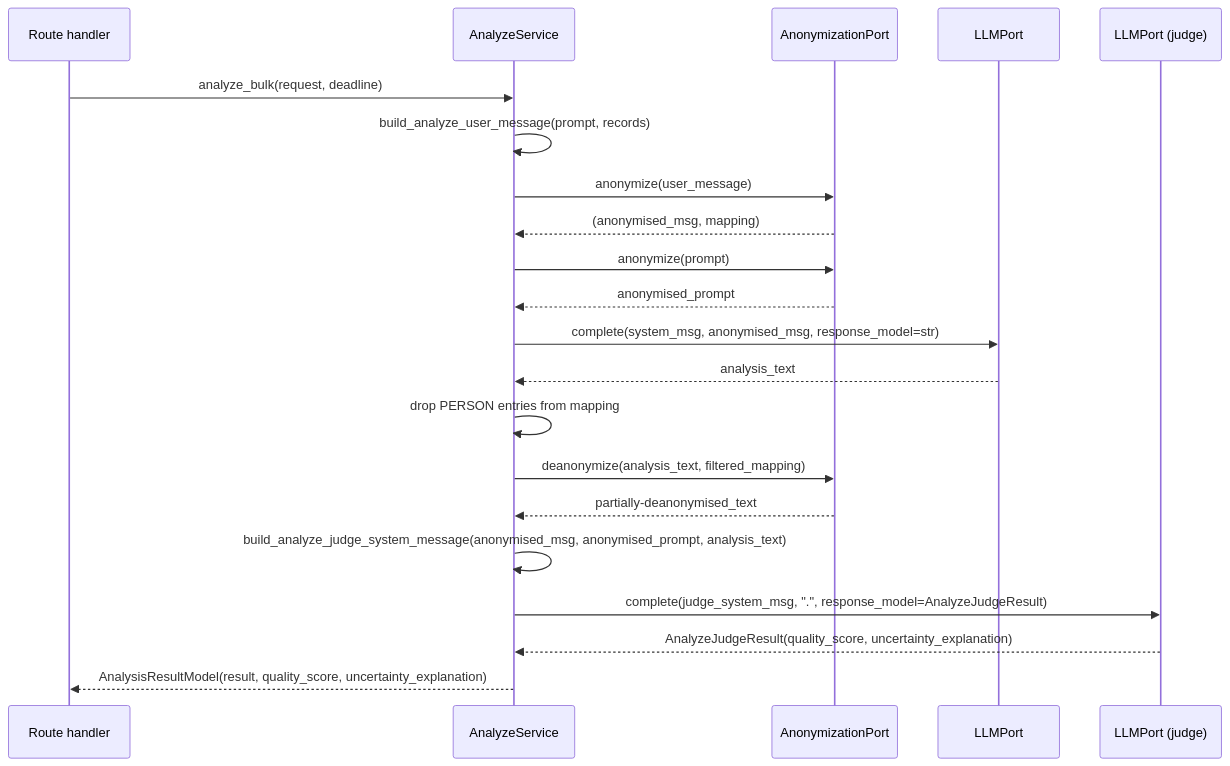
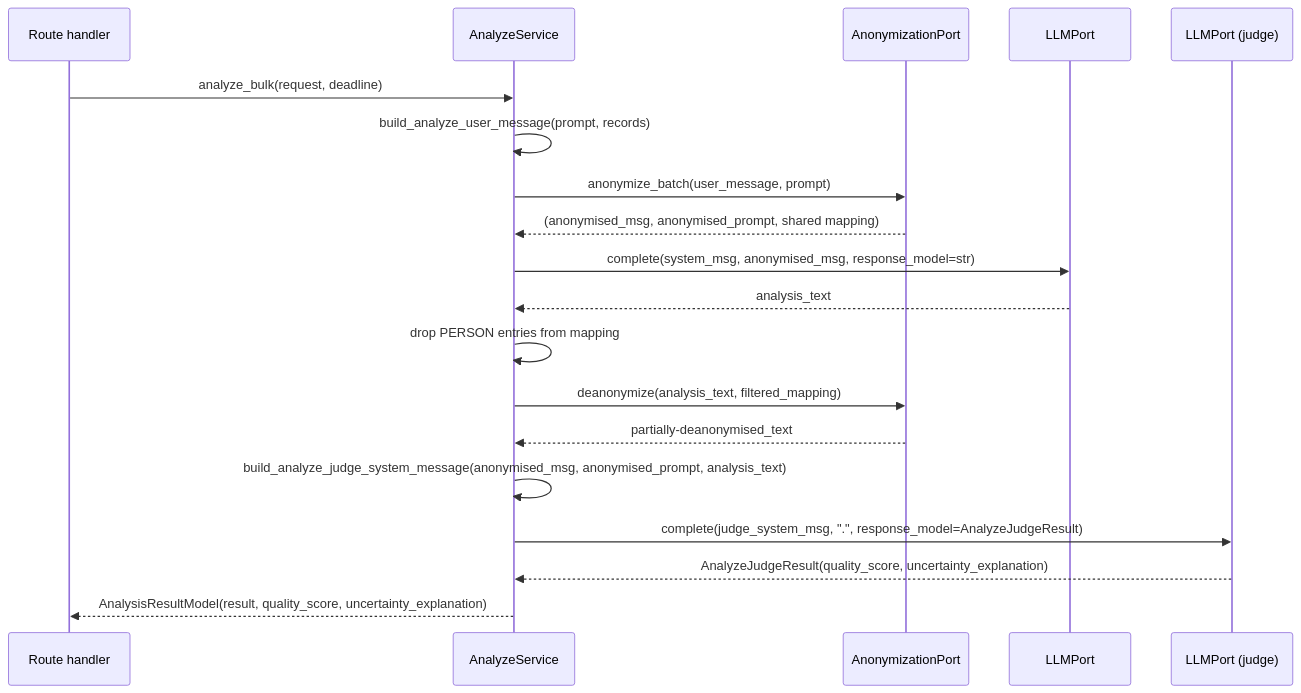
Before and after one commit to rodekruis/qualitative-feedback-analysis: the diagram in docs/architecture/06-prompt-envelope.md, drawn with Mermaid. The commit also changed 5 other files, not shown here.

First line of the commit message:
fix(analyze): share one placeholder namespace between message and prompt

````diff
--- a/docs/architecture/06-prompt-envelope.md
+++ b/docs/architecture/06-prompt-envelope.md
@@ -181,24 +181,22 @@
 ```mermaid
 sequenceDiagram
     participant route as Route handler
     participant orch as AnalyzeService
     participant anon as AnonymizationPort
     participant llm as LLMPort
     participant judge as LLMPort (judge)
 
     route->>orch: analyze_bulk(request, deadline)
     orch->>orch: build_analyze_user_message(prompt, records)
-    orch->>anon: anonymize(user_message)
-    anon-->>orch: (anonymised_msg, mapping)
-    orch->>anon: anonymize(prompt)
-    anon-->>orch: anonymised_prompt
+    orch->>anon: anonymize_batch(user_message, prompt)
+    anon-->>orch: (anonymised_msg, anonymised_prompt, shared mapping)
     orch->>llm: complete(system_msg, anonymised_msg, response_model=str)
     llm-->>orch: analysis_text
     orch->>orch: drop PERSON entries from mapping
     orch->>anon: deanonymize(analysis_text, filtered_mapping)
     anon-->>orch: partially-deanonymised_text
     orch->>orch: build_analyze_judge_system_message(anonymised_msg, anonymised_prompt, analysis_text)
     orch->>judge: complete(judge_system_msg, ".", response_model=AnalyzeJudgeResult)
     judge-->>orch: AnalyzeJudgeResult(quality_score, uncertainty_explanation)
     orch-->>route: AnalysisResultModel(result, quality_score, uncertainty_explanation)
 ```
````
